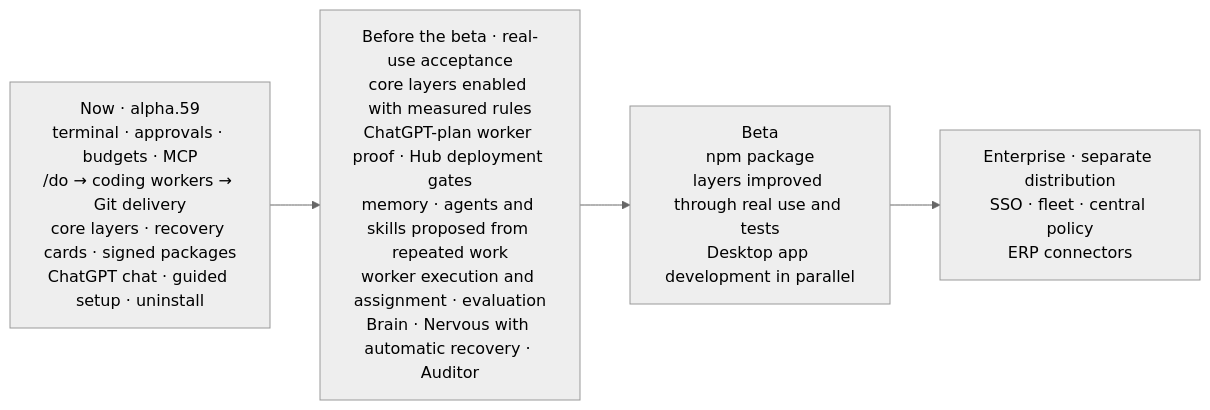
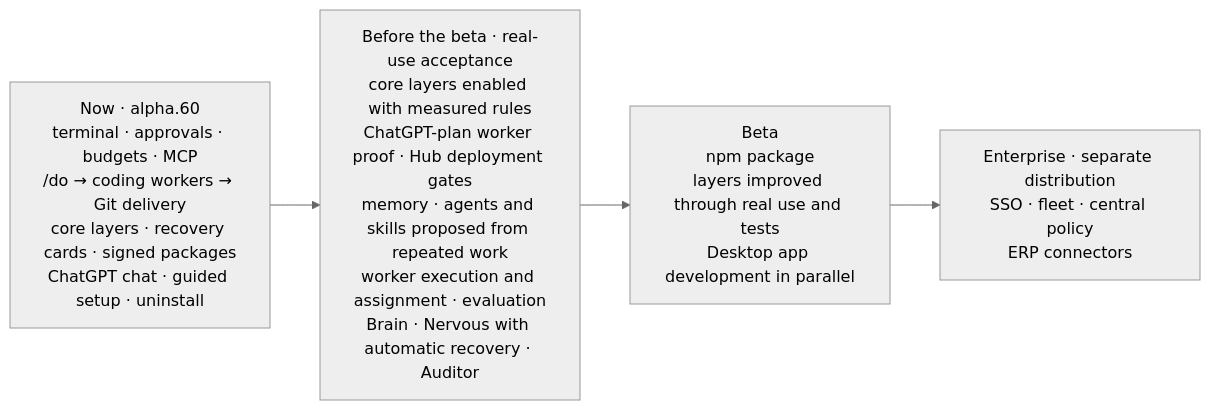
The sixth of 6 diagrams in README.md (Verhex/deckent-next), drawn with Mermaid (neutral theme) before and after one commit. The commit also changed other lines of this file and 14 other files, not shown here.

````diff
--- a/README.md
+++ b/README.md
@@ -550,6 +552,6 @@
 ```mermaid
 flowchart LR
-  N["Now · alpha.59<br/>terminal · approvals · budgets · MCP<br/>/do → coding workers → Git delivery<br/>core layers · recovery cards · signed packages<br/>ChatGPT chat · guided setup · uninstall"] --> C["Before the beta · real-use acceptance<br/>core layers enabled with measured rules<br/>ChatGPT-plan worker proof · Hub deployment gates<br/>memory · agents and skills proposed from repeated work<br/>worker execution and assignment · evaluation<br/>Brain · Nervous with automatic recovery · Auditor"]
+  N["Now · alpha.60<br/>terminal · approvals · budgets · MCP<br/>/do → coding workers → Git delivery<br/>core layers · recovery cards · signed packages<br/>ChatGPT chat · guided setup · uninstall"] --> C["Before the beta · real-use acceptance<br/>core layers enabled with measured rules<br/>ChatGPT-plan worker proof · Hub deployment gates<br/>memory · agents and skills proposed from repeated work<br/>worker execution and assignment · evaluation<br/>Brain · Nervous with automatic recovery · Auditor"]
   C --> B["Beta<br/>npm package<br/>layers improved through real use and tests<br/>Desktop app development in parallel"]
   B --> E["Enterprise · separate distribution<br/>SSO · fleet · central policy<br/>ERP connectors"]
 ```
````
